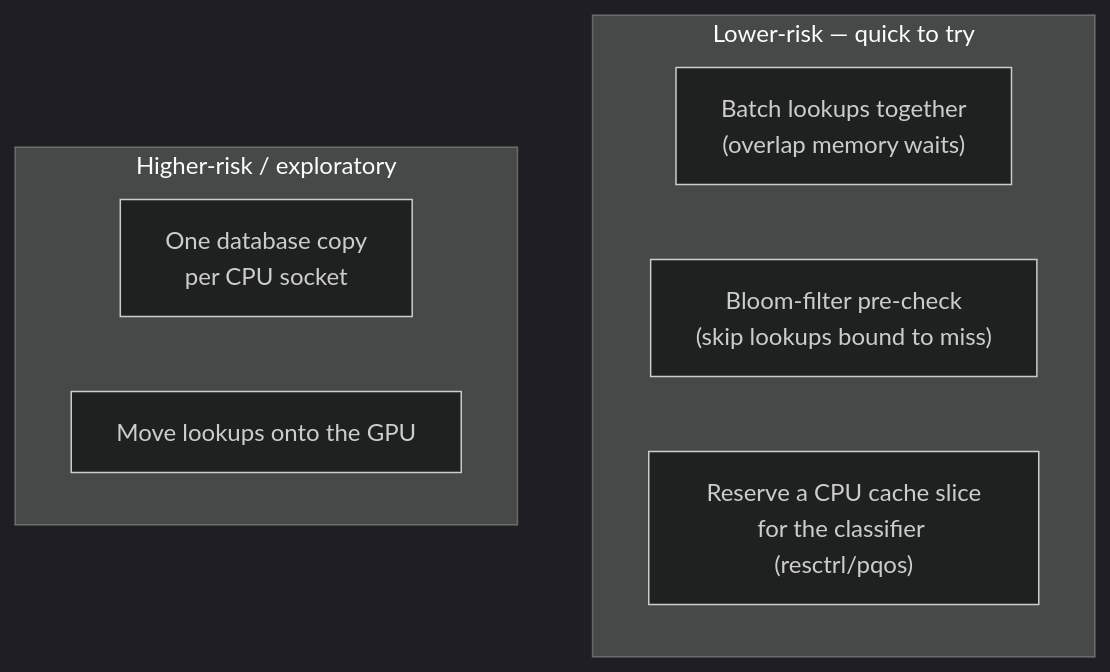
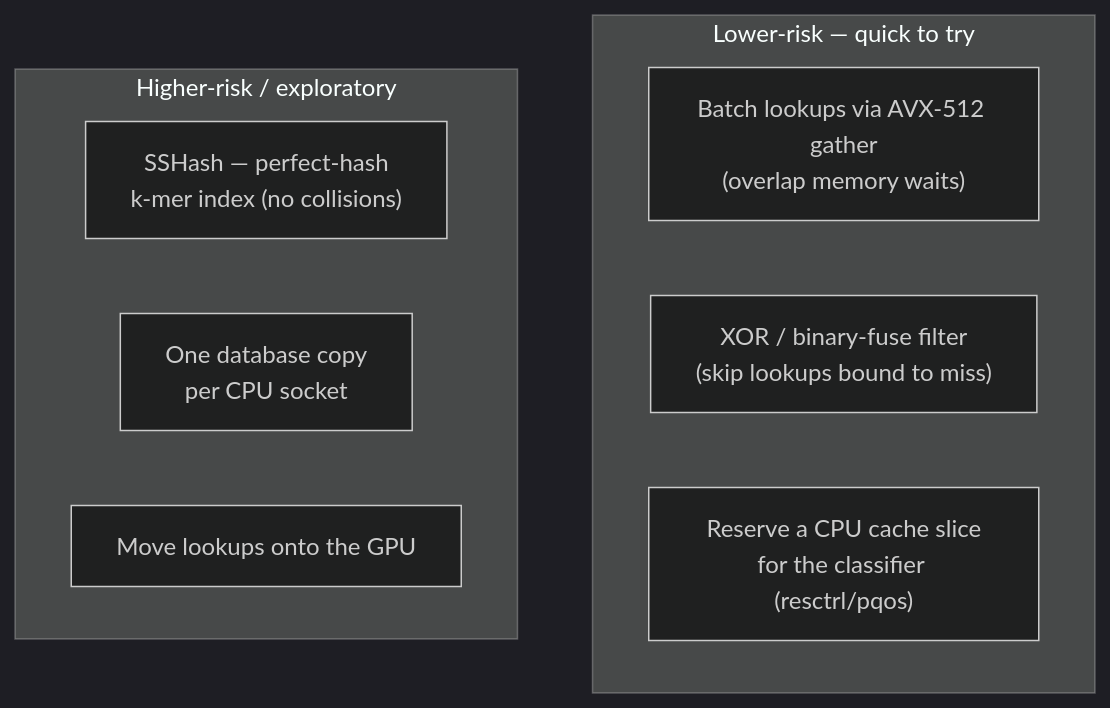
Before and after one commit to KathpaliaChirag/Nanopore-project: the ninth of 10 diagrams in plan_2026-07-25.md, drawn with Mermaid (dark theme). The commit also changed other lines of this file, not shown here.

````diff
--- a/plan_2026-07-25.md
+++ b/plan_2026-07-25.md
@@ -168,12 +174,13 @@
 ```mermaid
 flowchart TB
     subgraph LowRisk["Lower-risk — quick to try"]
-        I1["Batch lookups together<br/>(overlap memory waits)"]
-        I2["Bloom-filter pre-check<br/>(skip lookups bound to miss)"]
+        I1["Batch lookups via AVX-512 gather<br/>(overlap memory waits)"]
+        I2["XOR / binary-fuse filter<br/>(skip lookups bound to miss)"]
         I3["Reserve a CPU cache slice<br/>for the classifier (resctrl/pqos)"]
     end
     subgraph HighRisk["Higher-risk / exploratory"]
-        I4["One database copy<br/>per CPU socket"]
-        I5["Move lookups onto the GPU"]
+        I4["SSHash — perfect-hash<br/>k-mer index (no collisions)"]
+        I5["One database copy<br/>per CPU socket"]
+        I6["Move lookups onto the GPU"]
     end
 ```
````
